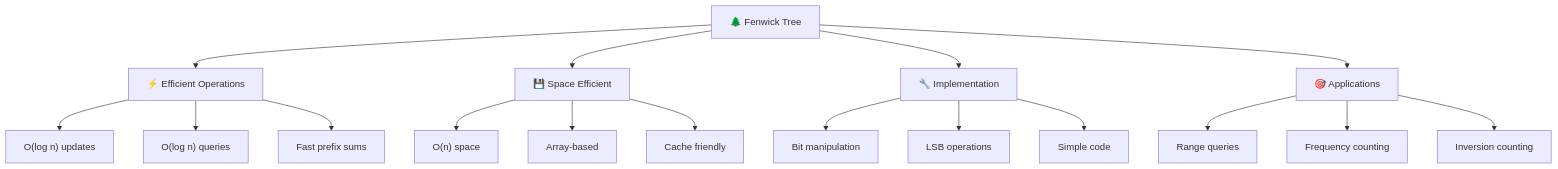
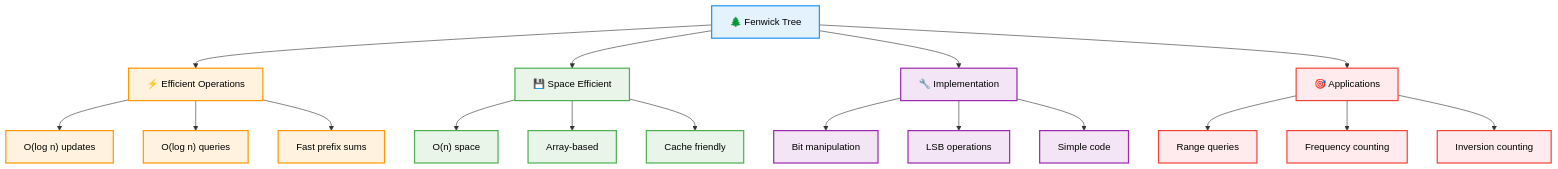
Before and after one commit to AbhishekGiri04/Algorithmics-Foundations: the first of 7 diagrams in concepts/fenwick-tree.md, drawn with Mermaid. The commit also changed other lines of this file, not shown here.

````diff
--- a/concepts/fenwick-tree.md
+++ b/concepts/fenwick-tree.md
@@ -38,23 +38,35 @@
 ```mermaid
 flowchart TD
     A["🌲 Fenwick Tree"] --> B["⚡ Efficient Operations"]
     A --> C["💾 Space Efficient"]
     A --> D["🔧 Implementation"]
     A --> E["🎯 Applications"]
     
     B --> F["O(log n) updates"]
     B --> G["O(log n) queries"]
     B --> H["Fast prefix sums"]
     
     C --> I["O(n) space"]
     C --> J["Array-based"]
     C --> K["Cache friendly"]
     
     D --> L["Bit manipulation"]
     D --> M["LSB operations"]
     D --> N["Simple code"]
     
     E --> O["Range queries"]
     E --> P["Frequency counting"]
     E --> Q["Inversion counting"]
+    
+    classDef default fill:#f9f9f9,stroke:#333,stroke-width:2px,color:#000
+    classDef concept fill:#e3f2fd,stroke:#2196f3,stroke-width:2px,color:#000
+    classDef operations fill:#fff3e0,stroke:#ff9800,stroke-width:2px,color:#000
+    classDef space fill:#e8f5e8,stroke:#4caf50,stroke-width:2px,color:#000
+    classDef implementation fill:#f3e5f5,stroke:#9c27b0,stroke-width:2px,color:#000
+    classDef applications fill:#ffebee,stroke:#f44336,stroke-width:2px,color:#000
+    class A concept
+    class B,F,G,H operations
+    class C,I,J,K space
+    class D,L,M,N implementation
+    class E,O,P,Q applications
 ```
````
